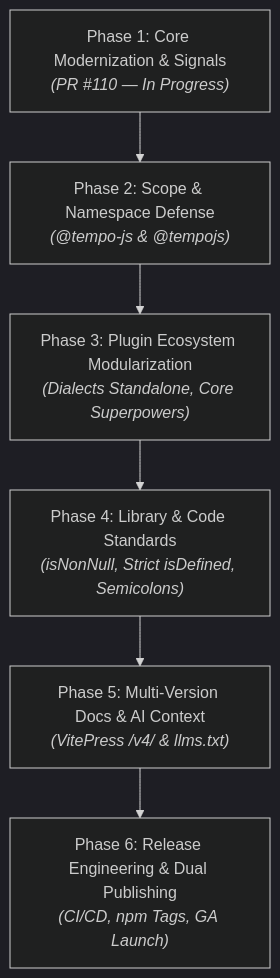
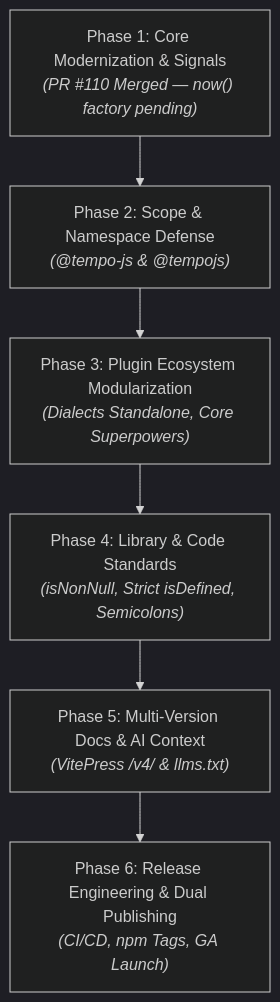
The diagram in packages/tempo/plan/v5-master-plan.md (magmacomputing/magma), drawn with Mermaid (dark theme) before and after one commit. The commit also changed other lines of this file and 114 other files, not shown here.

````diff
--- a/packages/tempo/plan/v5-master-plan.md
+++ b/packages/tempo/plan/v5-master-plan.md
@@ -13,8 +13,8 @@
 ```mermaid
 graph TD
-  P1["Phase 1: Core Modernization & Signals<br><i>(PR #110 — In Progress)</i>"] --> P2["Phase 2: Scope & Namespace Defense<br><i>(@tempo-js & @tempojs)</i>"]
+  P1["Phase 1: Core Modernization & Signals<br><i>(PR #110 Merged — now() factory pending)</i>"] --> P2["Phase 2: Scope & Namespace Defense<br><i>(@tempo-js & @tempojs)</i>"]
   P2 --> P3["Phase 3: Plugin Ecosystem Modularization<br><i>(Dialects Standalone, Core Superpowers)</i>"]
   P3 --> P4["Phase 4: Library & Code Standards<br><i>(isNonNull, Strict isDefined, Semicolons)</i>"]
   P4 --> P5["Phase 5: Multi-Version Docs & AI Context<br><i>(VitePress /v4/ & llms.txt)</i>"]
   P5 --> P6["Phase 6: Release Engineering & Dual Publishing<br><i>(CI/CD, npm Tags, GA Launch)</i>"]
 ```
````
